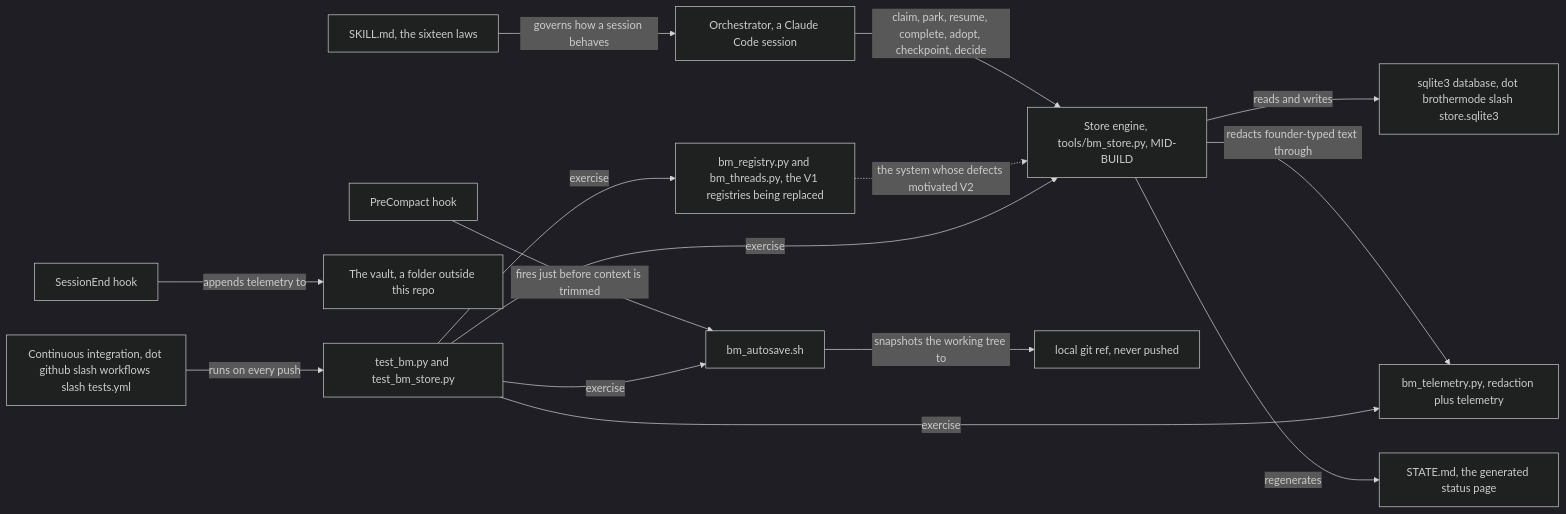
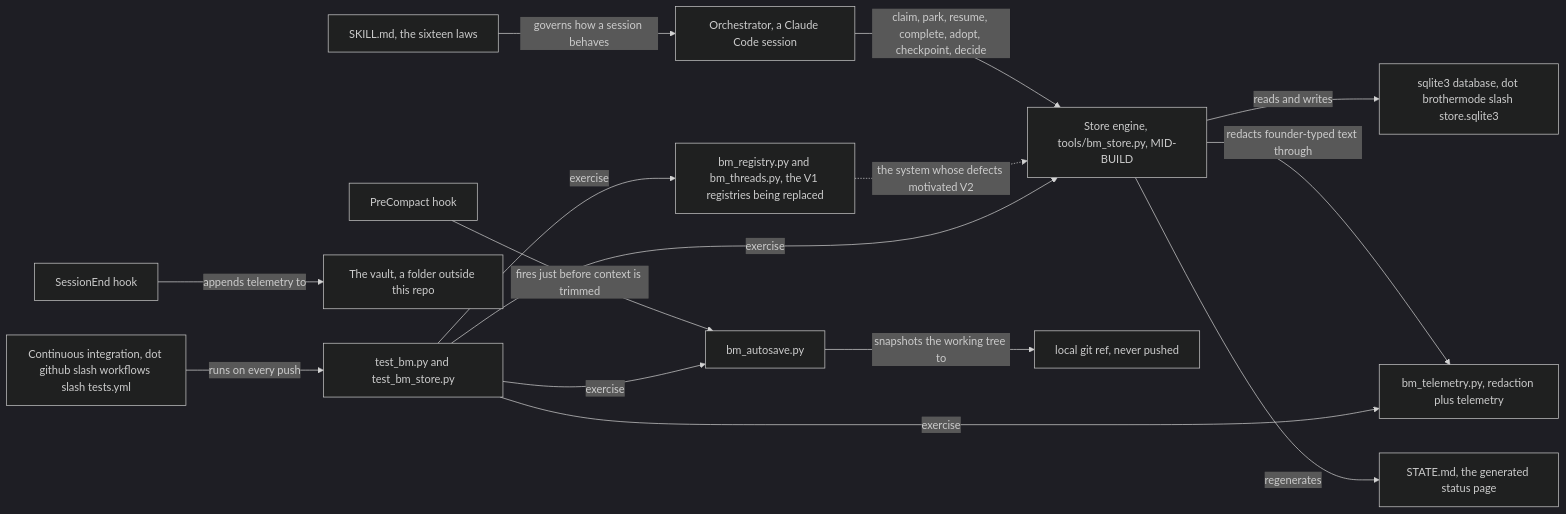
One commit to khalilmaaouni/BrotherModeUp changed the diagram in docs/ba/ARCHITECTURE.md. Above: the diagram before and after it, drawn with Mermaid (dark theme). The commit also changed other lines of this file and 14 other files, not shown here.

````diff
--- a/docs/ba/ARCHITECTURE.md
+++ b/docs/ba/ARCHITECTURE.md
@@ -24,17 +24,17 @@
 ```mermaid
 flowchart LR
     LAW["SKILL.md, the sixteen laws"] -->|"governs how a session behaves"| ORCH["Orchestrator, a Claude Code session"]
     ORCH -->|"claim, park, resume, complete, adopt, checkpoint, decide"| STORE["Store engine, tools/bm_store.py, MID-BUILD"]
     STORE -->|"reads and writes"| DB["sqlite3 database, dot brothermode slash store.sqlite3"]
     STORE -->|"redacts founder-typed text through"| TEL["bm_telemetry.py, redaction plus telemetry"]
     STORE -->|"regenerates"| STATEMD["STATE.md, the generated status page"]
-    PRECOMPACT["PreCompact hook"] -->|"fires just before context is trimmed"| AUTOSAVE["bm_autosave.sh"]
+    PRECOMPACT["PreCompact hook"] -->|"fires just before context is trimmed"| AUTOSAVE["bm_autosave.py"]
     AUTOSAVE -->|"snapshots the working tree to"| GITREF["local git ref, never pushed"]
     SESSIONEND["SessionEnd hook"] -->|"appends telemetry to"| VAULT["The vault, a folder outside this repo"]
     V1["bm_registry.py and bm_threads.py, the V1 registries being replaced"] -.->|"the system whose defects motivated V2"| STORE
     CI["Continuous integration, dot github slash workflows slash tests.yml"] -->|"runs on every push"| TESTS["test_bm.py and test_bm_store.py"]
     TESTS -->|"exercise"| STORE
     TESTS -->|"exercise"| V1
     TESTS -->|"exercise"| TEL
     TESTS -->|"exercise"| AUTOSAVE
 ```
````
